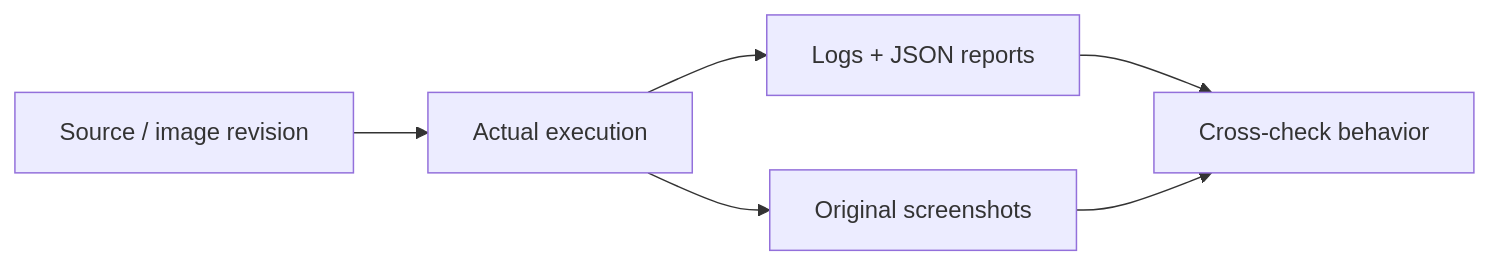
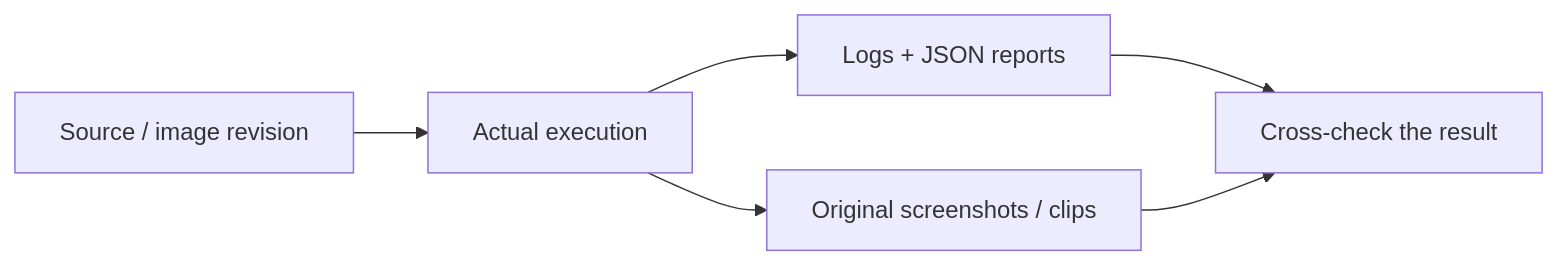
One commit to NoteLegend/devOps-TaskBoard changed the diagram in evidence/README.md. Above: the diagram before and after it, drawn with Mermaid. The commit also changed other lines of this file and 26 other files, not shown here.

````diff
--- a/evidence/README.md
+++ b/evidence/README.md
@@ -5,8 +7,8 @@
 ```mermaid
 flowchart LR
   Revision[Source / image revision] --> Execution[Actual execution]
   Execution --> Reports[Logs + JSON reports]
-  Execution --> Screens[Original screenshots]
-  Reports --> Verify[Cross-check behavior]
-  Screens --> Verify
+  Execution --> Media[Original screenshots / clips]
+  Reports --> Check[Cross-check the result]
+  Media --> Check
 ```
````
